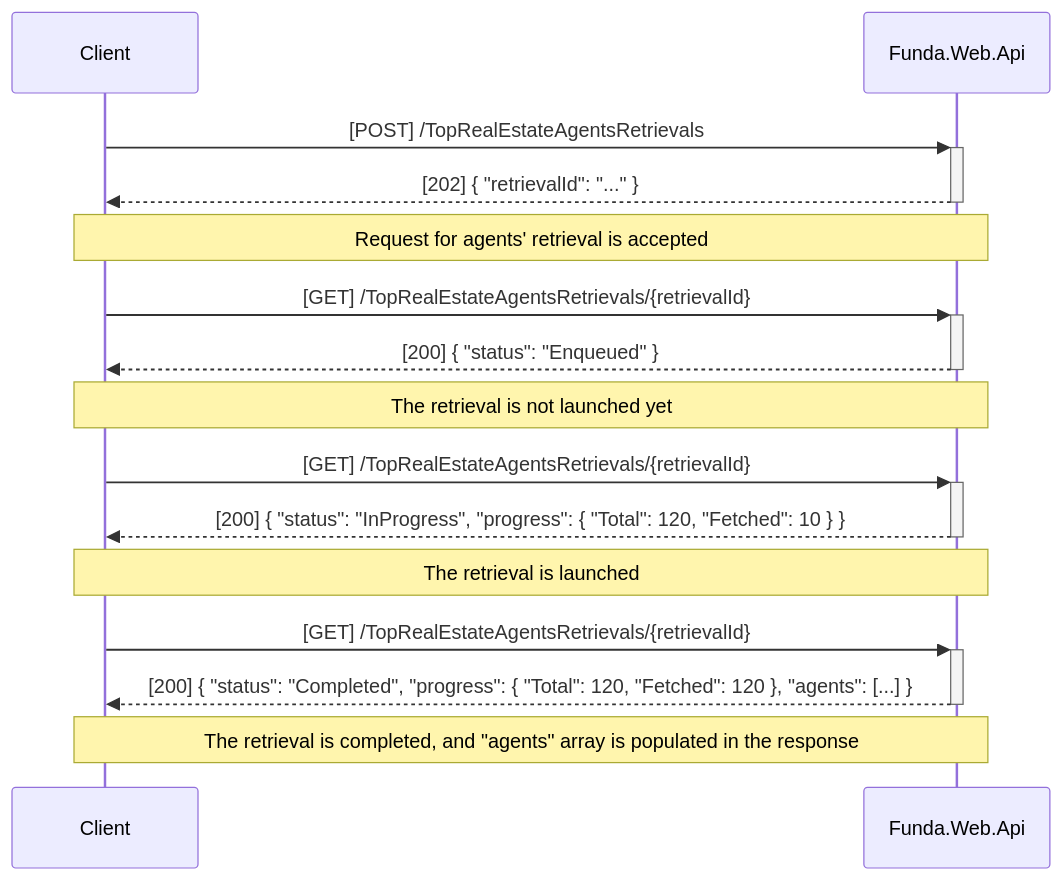
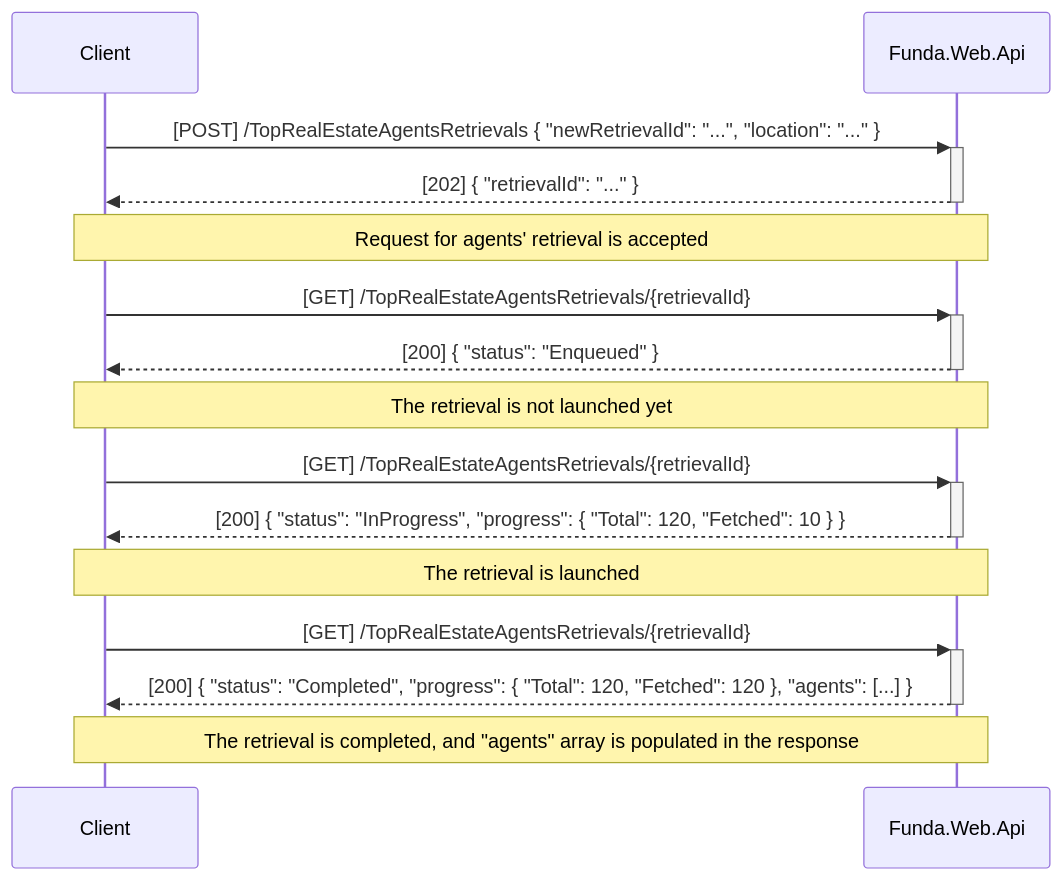
Before and after one commit to AVykhrystyuk/funda: the first of 2 diagrams in README.md, drawn with Mermaid. The commit also changed other lines of this file and 9 other files, not shown here.

````diff
--- a/README.md
+++ b/README.md
@@ -27,19 +28,19 @@
 ```mermaid
 %% This diagram needs to be rendered, for example, GitHub renders it by default.
 sequenceDiagram
-    Client->>+Funda.Web.Api: [POST] /TopRealEstateAgentsRetrievals
+    Client->>+Funda.Web.Api: [POST] /TopRealEstateAgentsRetrievals { "newRetrievalId": "...", "location": "..." }
     Funda.Web.Api-->>-Client: [202] { "retrievalId": "..." }
     Note over Client,Funda.Web.Api: Request for agents' retrieval is accepted
     
     Client->>+Funda.Web.Api: [GET] /TopRealEstateAgentsRetrievals/{retrievalId}
     Funda.Web.Api-->>-Client: [200] { "status": "Enqueued" }
     Note over Client,Funda.Web.Api: The retrieval is not launched yet
         
     Client->>+Funda.Web.Api: [GET] /TopRealEstateAgentsRetrievals/{retrievalId}
     Funda.Web.Api-->>-Client: [200] { "status": "InProgress", "progress": { "Total": 120, "Fetched": 10 } }
     Note over Client,Funda.Web.Api: The retrieval is launched
     
     Client->>+Funda.Web.Api: [GET] /TopRealEstateAgentsRetrievals/{retrievalId}
     Funda.Web.Api-->>-Client: [200] { "status": "Completed", "progress": { "Total": 120, "Fetched": 120 }, "agents": [...] }
     Note over Client,Funda.Web.Api: The retrieval is completed, and "agents" array is populated in the response
 ```
````
